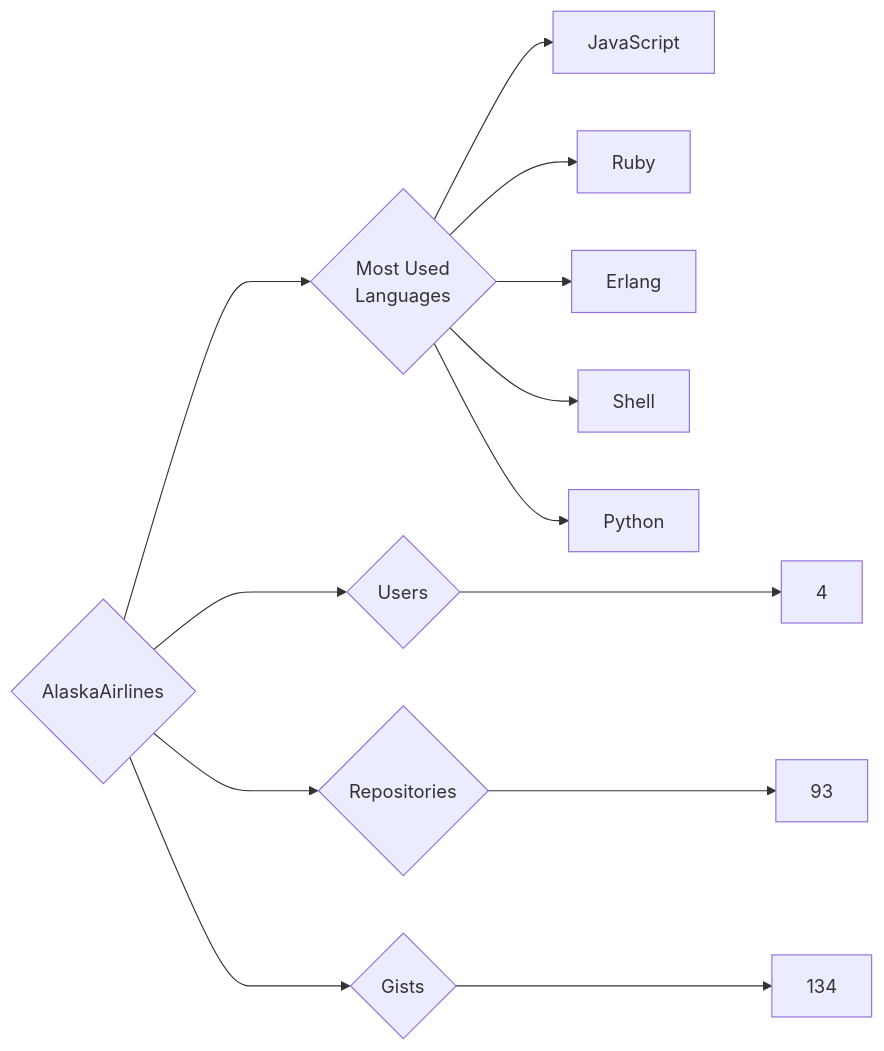
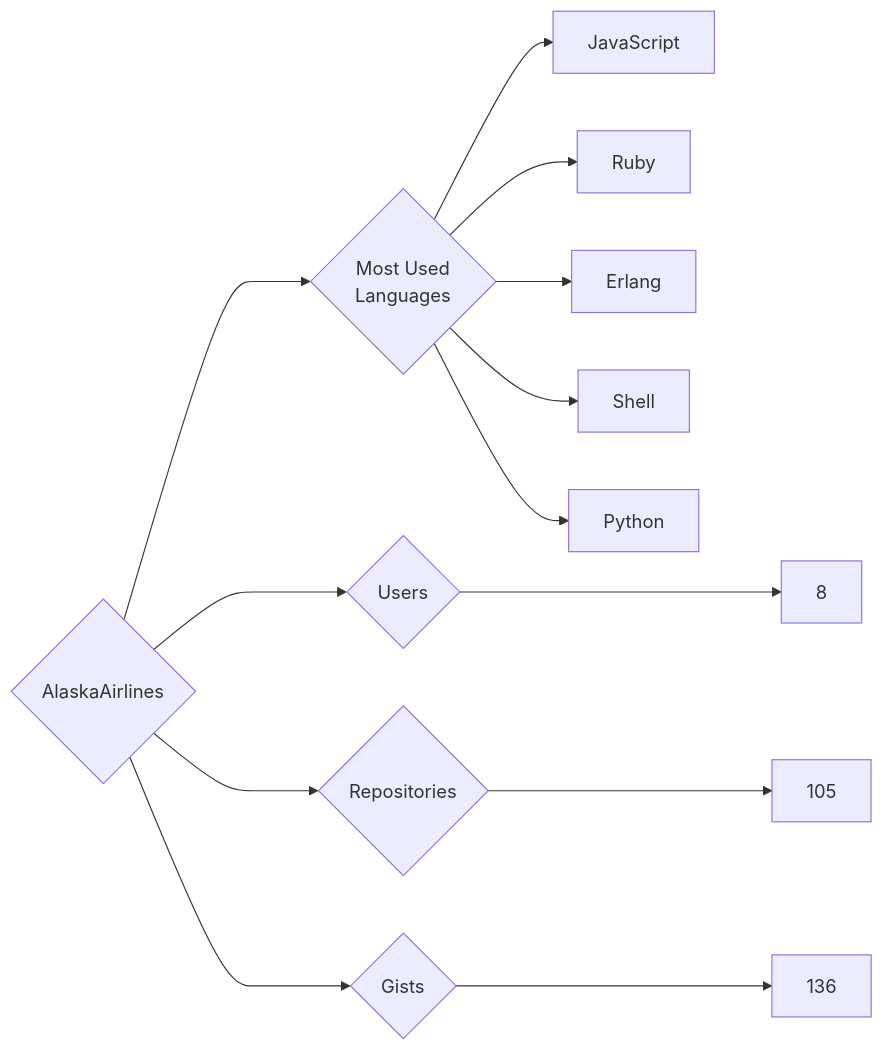
The diagram in targets/AlaskaAirlines/README.md (trickest/insiders), drawn with Mermaid before and after one commit. The commit also changed 1089 other files, not shown here.

````diff
--- a/targets/AlaskaAirlines/README.md
+++ b/targets/AlaskaAirlines/README.md
@@ -3,13 +3,13 @@
 ```mermaid
 graph LR
 COMPANY_NAME{AlaskaAirlines}
-COMPANY_NAME ---> U{Users} ---> UN[4]
-COMPANY_NAME ---> R{Repositories} ---> RN[93]
-COMPANY_NAME ---> G{Gists} ---> GN[134]
+COMPANY_NAME ---> U{Users} ---> UN[8]
+COMPANY_NAME ---> R{Repositories} ---> RN[105]
+COMPANY_NAME ---> G{Gists} ---> GN[136]
 COMPANY_NAME ---> ML{Most Used<br>Languages}
 ML --> JavaScript[JavaScript]
 ML --> Ruby[Ruby]
 ML --> Erlang[Erlang]
 ML --> Shell[Shell]
 ML --> Python[Python]
 ```
````
